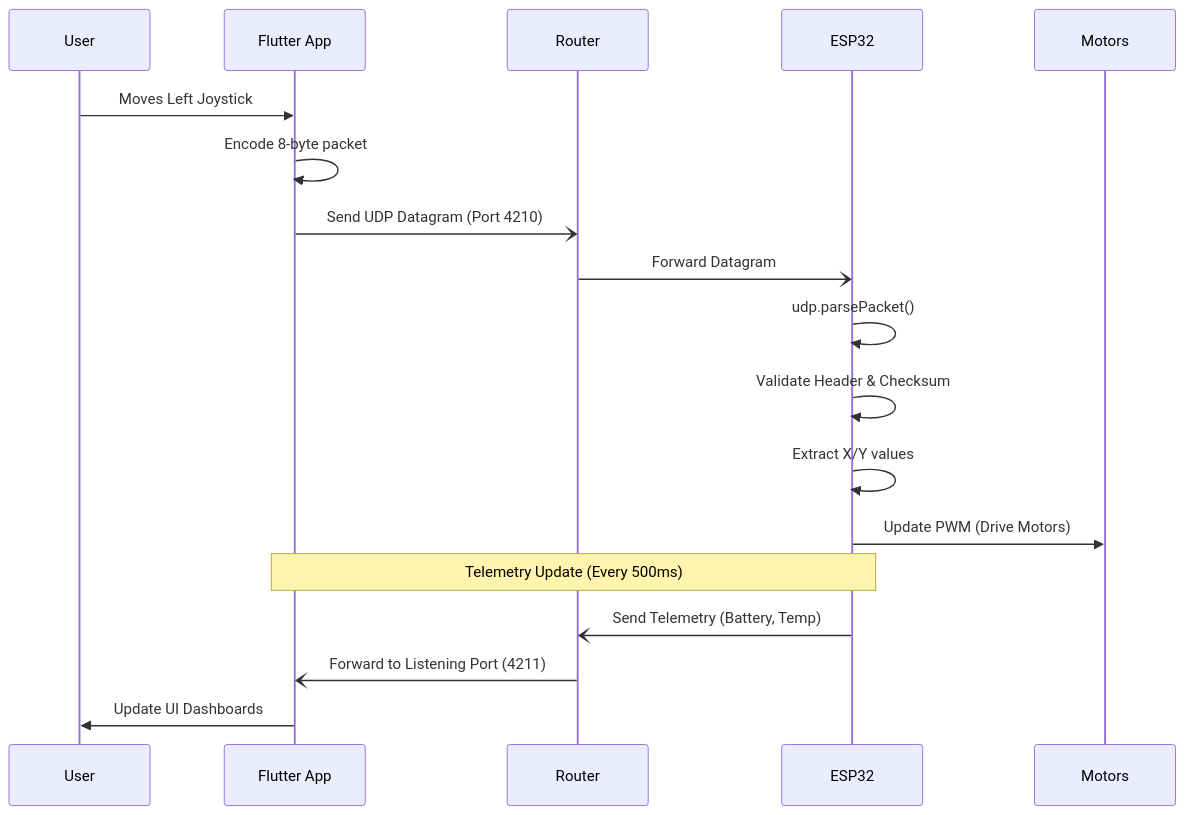
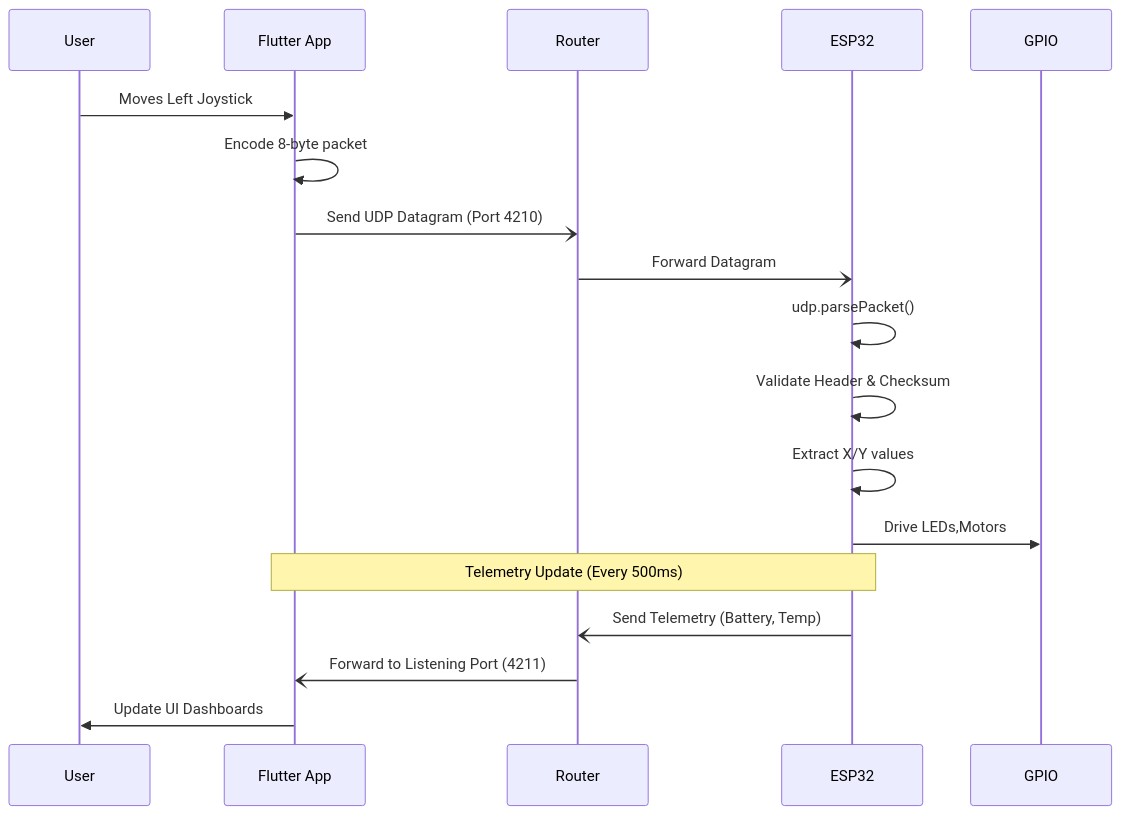
The third of 4 diagrams in docs/architecture.md (ShravanaHS/ESP32-UDP-Controller), drawn with Mermaid before and after one commit. The commit also changed other lines of this file, not shown here.

````diff
--- a/docs/architecture.md
+++ b/docs/architecture.md
@@ -61,21 +68,21 @@
 ```mermaid
 sequenceDiagram
     participant User
     participant Flutter App
     participant Router
     participant ESP32
     
     User->>Flutter App: Moves Left Joystick
     Flutter App->>Flutter App: Encode 8-byte packet
     Flutter App-)Router: Send UDP Datagram (Port 4210)
     Router-)ESP32: Forward Datagram
     ESP32->>ESP32: udp.parsePacket()
     ESP32->>ESP32: Validate Header & Checksum
     ESP32->>ESP32: Extract X/Y values
-    ESP32->>Motors: Update PWM (Drive Motors)
+    ESP32->>GPIO: Drive LEDs,Motors
     
     Note over ESP32,Flutter App: Telemetry Update (Every 500ms)
     ESP32-)Router: Send Telemetry (Battery, Temp)
     Router-)Flutter App: Forward to Listening Port (4211)
     Flutter App->>User: Update UI Dashboards
 ```
````
